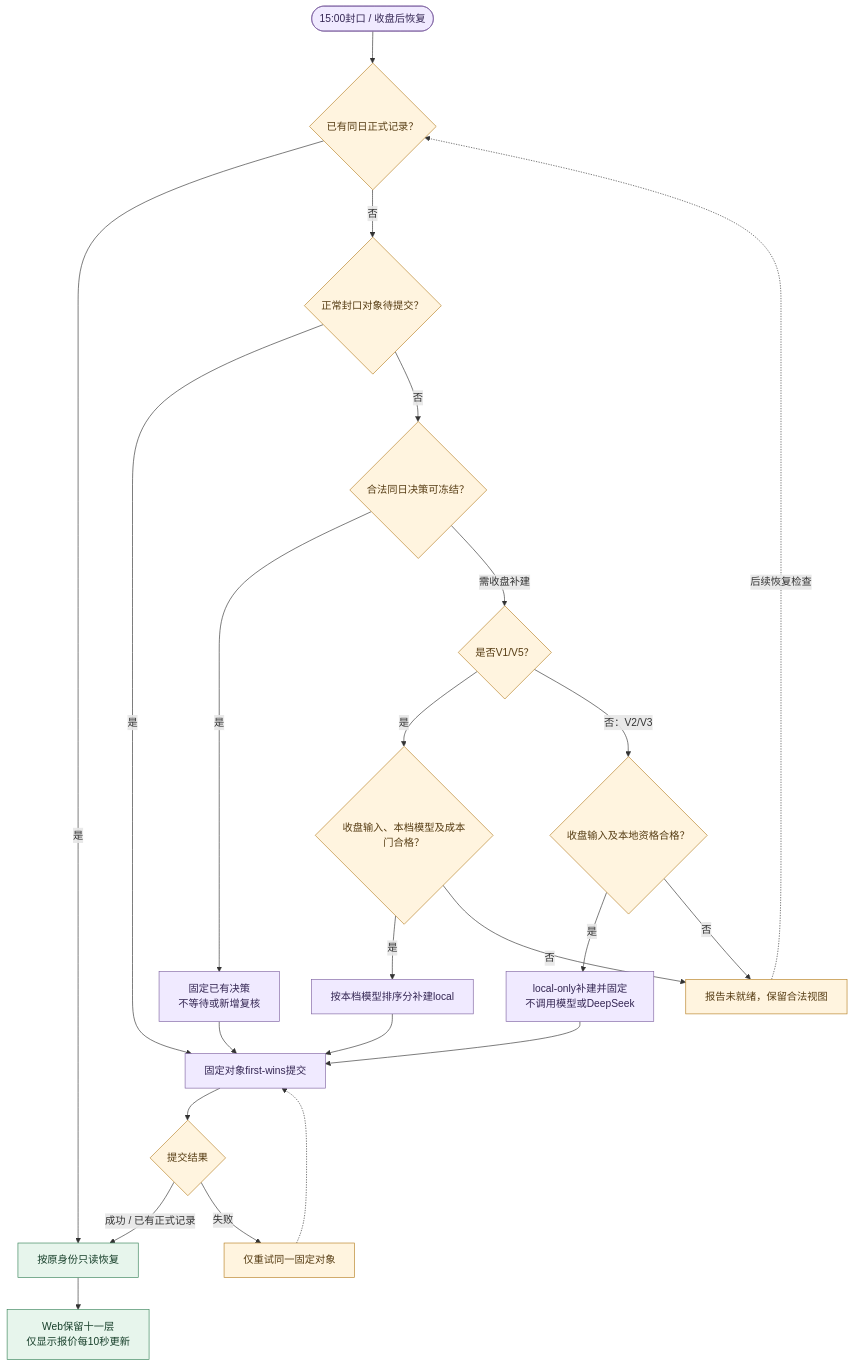
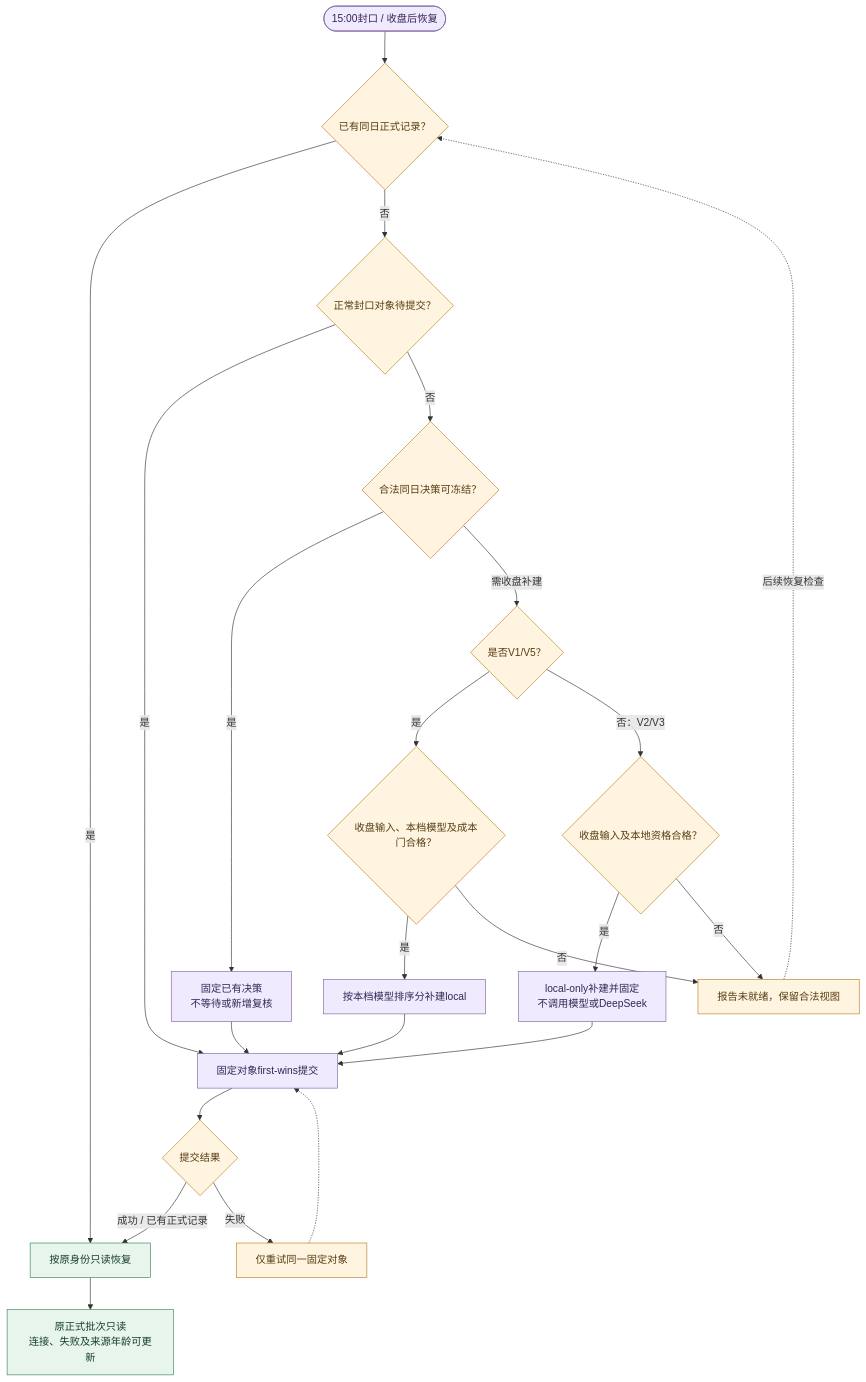
One commit to 373699756/trader changed the fifth of 6 diagrams in docs/2_工程设计.md. Above: the diagram before and after it, drawn with Mermaid. The commit also changed other lines of this file and 9 other files, not shown here.

````diff
--- a/docs/2_工程设计.md
+++ b/docs/2_工程设计.md
@@ -504,31 +529,31 @@
 ```mermaid
 flowchart TD
     Close(["15:00封口 / 收盘后恢复"]) --> Exists{"已有同日正式记录？"}
     Exists -->|是| Read["按原身份只读恢复"]
     Exists -->|否| Sealed{"正常封口对象待提交？"}
     Sealed -->|是| Commit["固定对象first-wins提交"]
     Sealed -->|否| Current{"合法同日决策可冻结？"}
     Current -->|是| Fix["固定已有决策<br/>不等待或新增复核"]
     Current -->|需收盘补建| Profile{"是否V1/V5？"}
     Profile -->|是| Model{"收盘输入、本档模型及成本门合格？"}
     Model -->|是| Ranked["按本档模型排序分补建local"]
     Model -->|否| Pending
     Profile -->|否：V2/V3| Legal{"收盘输入及本地资格合格？"}
     Legal -->|是| Fallback["local-only补建并固定<br/>不调用模型或DeepSeek"]
     Legal -->|否| Pending["报告未就绪，保留合法视图"]
     Fix --> Commit
     Ranked --> Commit
     Fallback --> Commit
     Commit --> Result{"提交结果"}
     Result -->|成功 / 已有正式记录| Read
     Result -->|失败| Retry["仅重试同一固定对象"]
     Retry -.-> Commit
     Pending -.->|后续恢复检查| Exists
-    Read --> Overlay["Web保留十一层<br/>仅显示报价每10秒更新"]
+    Read --> View["原正式批次只读<br/>连接、失败及来源年龄可更新"]
     classDef work fill:#f0eaff,stroke:#8064a2,color:#342653;
     classDef result fill:#e7f5ec,stroke:#39845a,color:#173f2a;
     classDef gate fill:#fff4df,stroke:#b78126,color:#563c13;
     class Close,Fix,Fallback,Ranked,Commit work;
-    class Read,Overlay result;
+    class Read,View result;
     class Exists,Sealed,Current,Profile,Model,Legal,Pending,Result,Retry gate;
 ```
````
